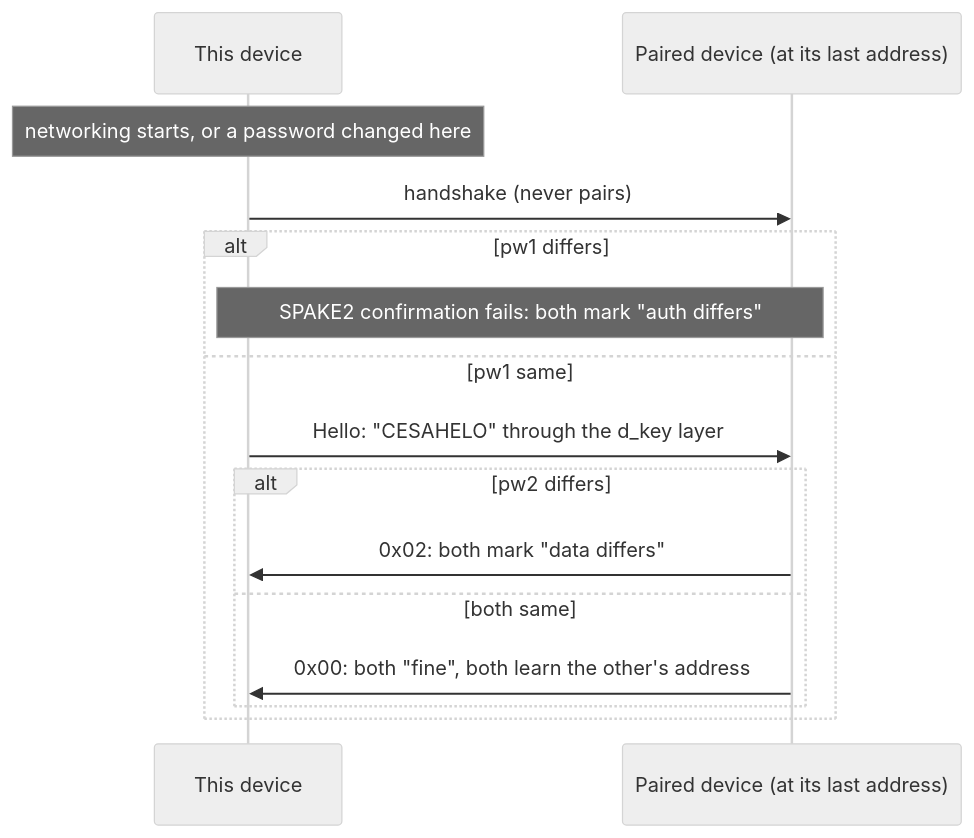
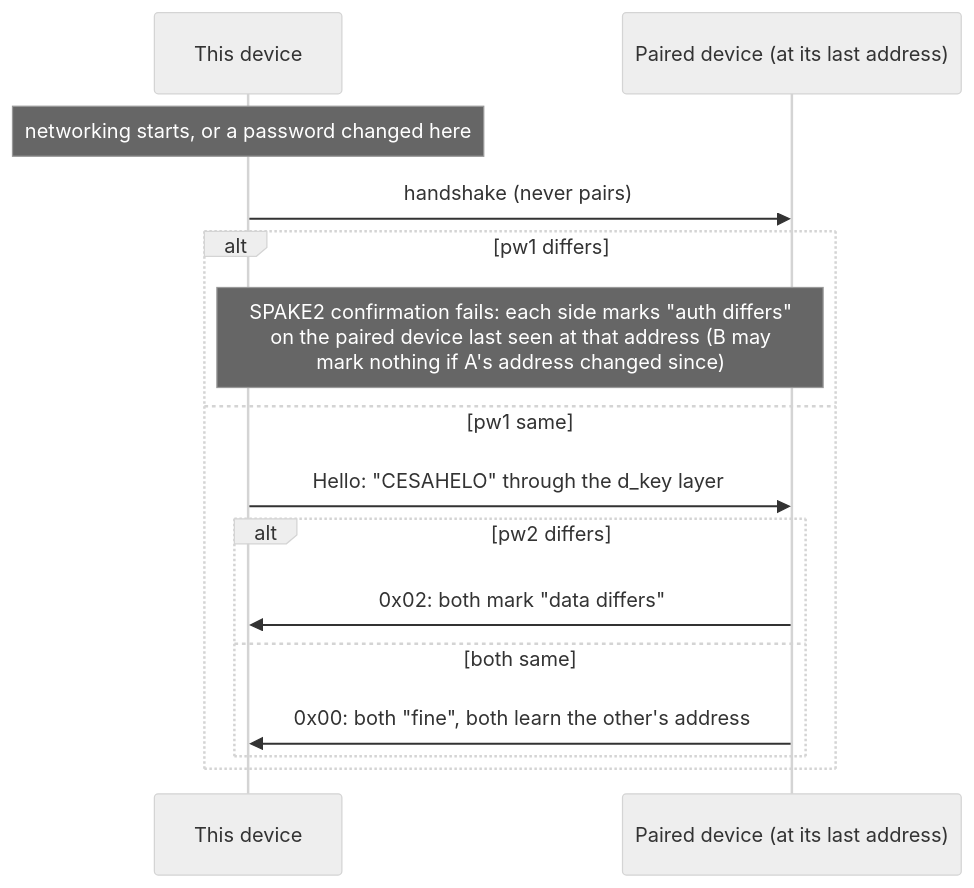
The third of 3 diagrams in docs/diagrams/peer-state.md (czarekkdev/cesaconn), drawn with Mermaid (neutral theme) before and after one commit. The commit also changed 10 other files, not shown here.

First line of the commit message:
docs(diagrams): match the code on the review points

````diff
--- a/docs/diagrams/peer-state.md
+++ b/docs/diagrams/peer-state.md
@@ -50,17 +50,17 @@
 ```mermaid
 sequenceDiagram
     participant A as This device
     participant B as Paired device (at its last address)
     Note over A: networking starts, or a password changed here
     A->>B: handshake (never pairs)
     alt pw1 differs
-        Note over A,B: SPAKE2 confirmation fails: both mark "auth differs"
+        Note over A,B: SPAKE2 confirmation fails: each side marks "auth differs"<br/>on the paired device last seen at that address (B may<br/>mark nothing if A's address changed since)
     else pw1 same
         A->>B: Hello: "CESAHELO" through the d_key layer
         alt pw2 differs
             B->>A: 0x02: both mark "data differs"
         else both same
             B->>A: 0x00: both "fine", both learn the other's address
         end
     end
 ```
````
